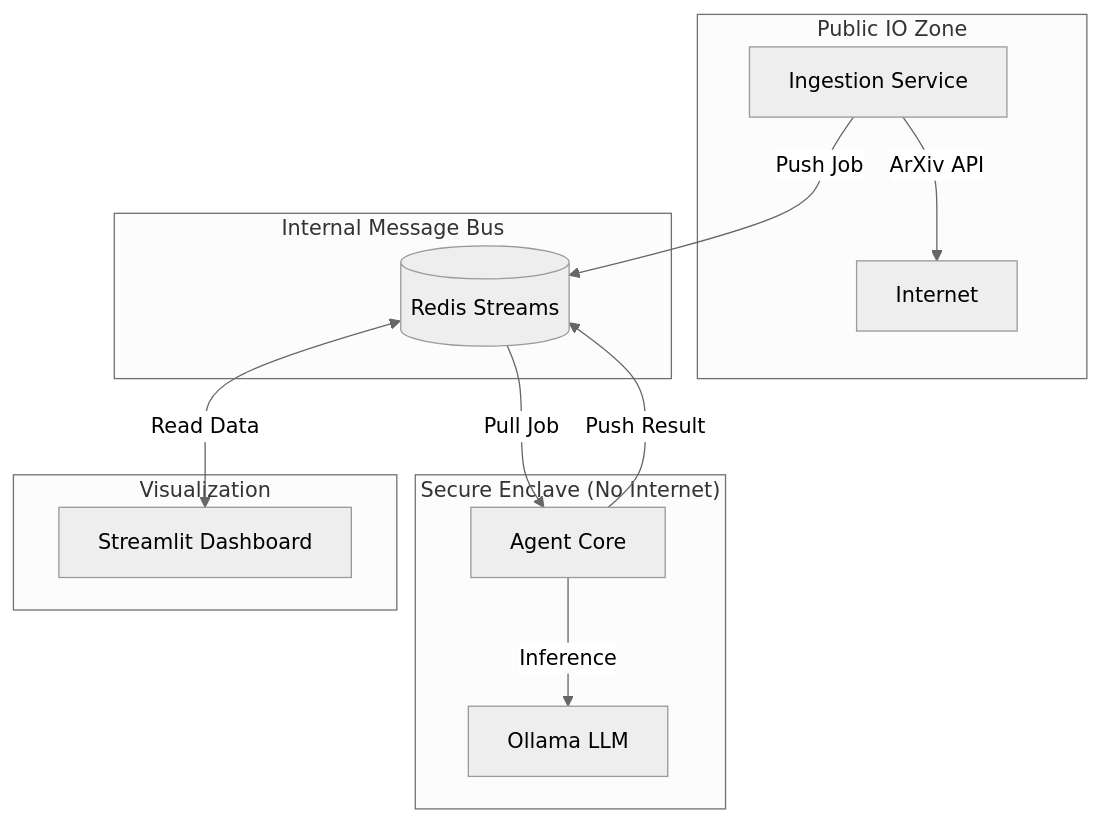
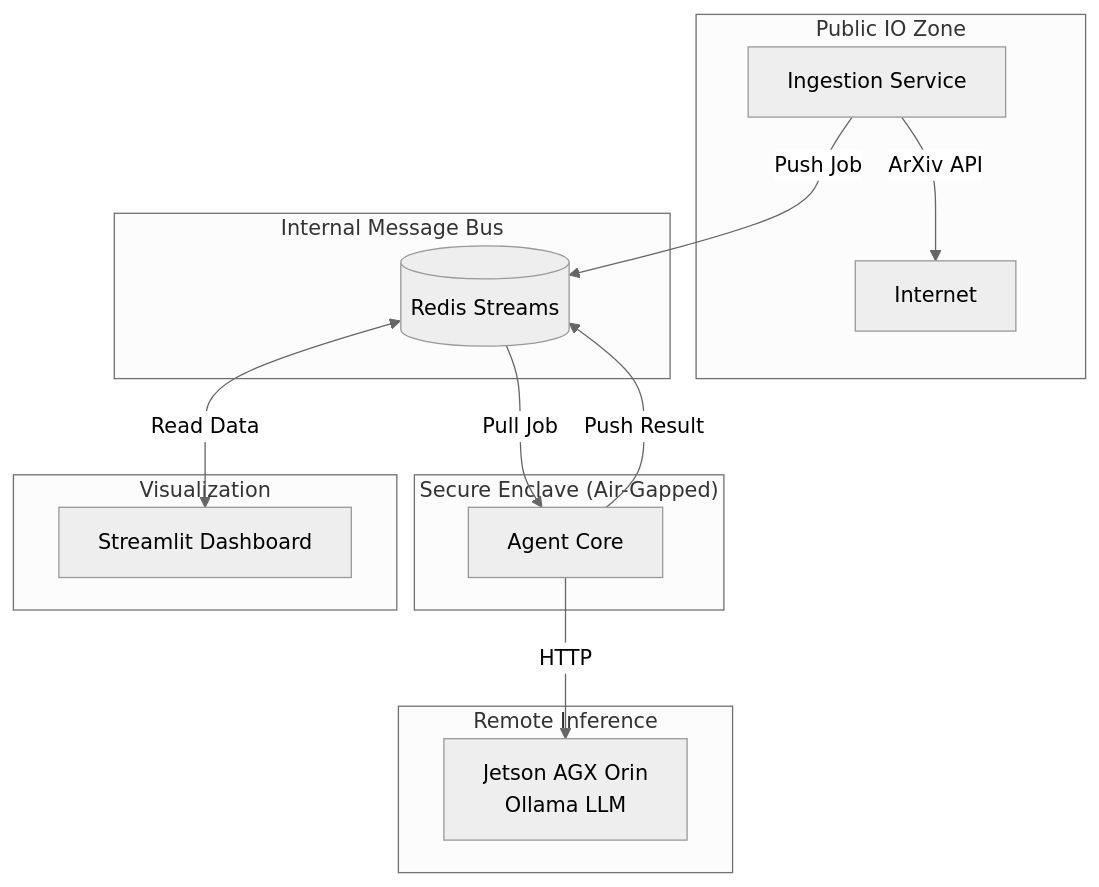
One commit to Kravty/ai-safety-radar changed the diagram in docs/MATS_PORTFOLIO.md. Above: the diagram before and after it, drawn with Mermaid (neutral theme). The commit also changed other lines of this file and 2 other files, not shown here.

First line of the commit message:
docs: honest session-end documentation for next agent

````diff
--- a/docs/MATS_PORTFOLIO.md
+++ b/docs/MATS_PORTFOLIO.md
@@ -17,25 +31,28 @@
 ```mermaid
 graph TD
     subgraph "Public IO Zone"
         Ingestion[Ingestion Service] -->|ArXiv API| Internet
     end
     
     subgraph "Internal Message Bus"
         Redis[(Redis Streams)]
     end
     
-    subgraph "Secure Enclave (No Internet)"
+    subgraph "Secure Enclave (Air-Gapped)"
         Agent[Agent Core] 
-        Ollama[Ollama LLM]
+    end
+    
+    subgraph "Remote Inference"
+        Jetson[Jetson AGX Orin<br/>Ollama LLM]
     end
     
     subgraph "Visualization"
         Dashboard[Streamlit Dashboard]
     end
 
     Ingestion -->|Push Job| Redis
     Redis -->|Pull Job| Agent
     Agent -->|Push Result| Redis
     Redis <-->|Read Data| Dashboard
-    Agent -->|Inference| Ollama
+    Agent -->|HTTP| Jetson
 ```
````
